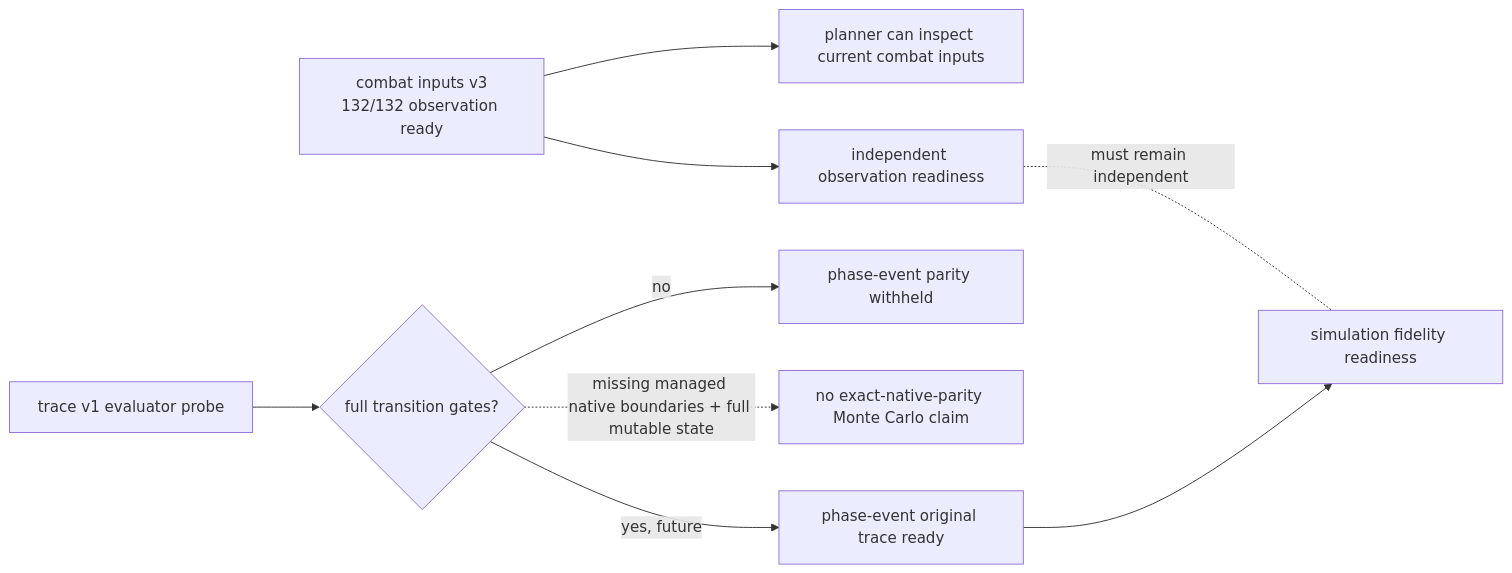
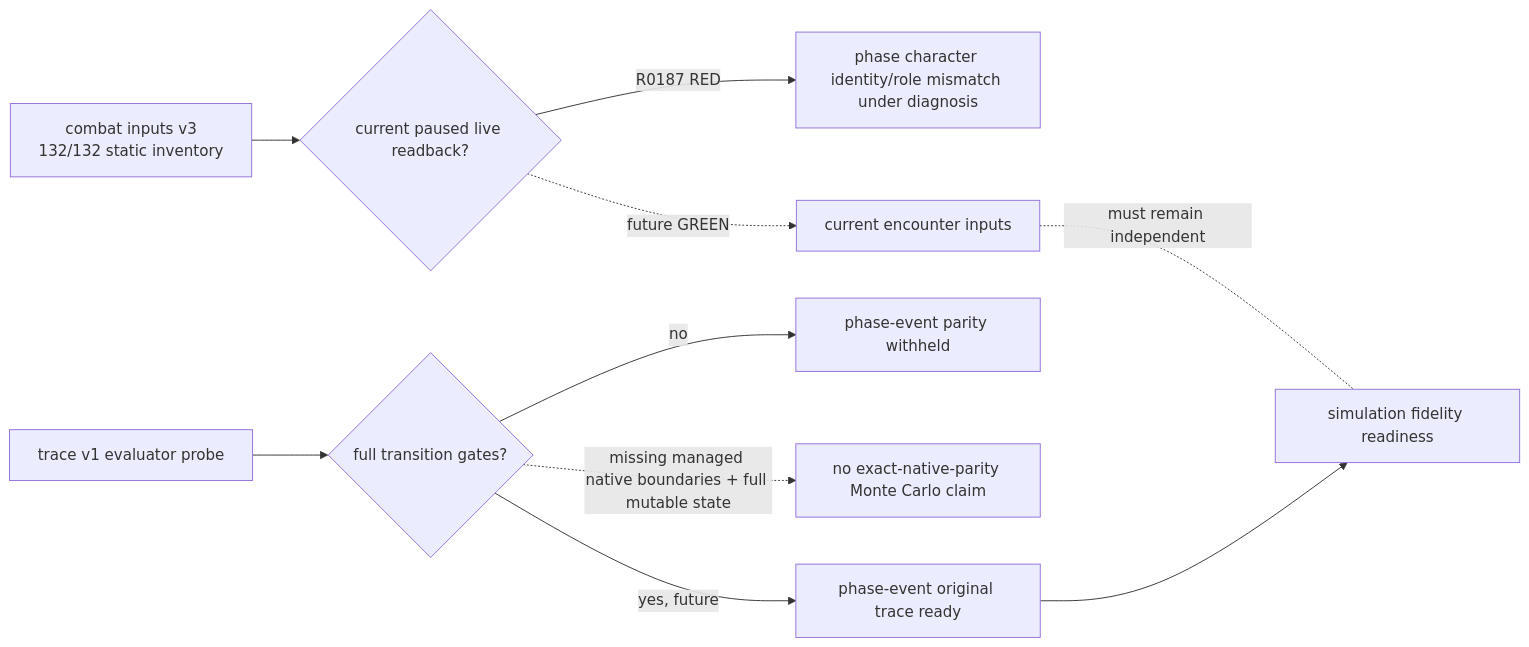
Before and after one commit to XenoAmess/ck3_eternal_recurrence: the sixth of 6 diagrams in docs/ck3-native-ai/combat-phase-event-trace.md, drawn with Mermaid. The commit also changed other lines of this file and 16 other files, not shown here.

Commit message:
WAR-TRACE: expose paused combat phase evaluator readback

````diff
--- a/docs/ck3-native-ai/combat-phase-event-trace.md
+++ b/docs/ck3-native-ai/combat-phase-event-trace.md
@@ -370,11 +413,12 @@
 ```mermaid
 flowchart LR
-    I["combat inputs v3<br/>132/132 observation ready"] --> P["planner can inspect current combat inputs"]
+    I["combat inputs v3<br/>132/132 static inventory"] --> P{"current paused live readback?"}
+    P -->|R0187 RED| E["phase character identity/role mismatch under diagnosis"]
+    P -. "future GREEN" .-> C["current encounter inputs"]
     T["trace v1 evaluator probe"] --> G{"full transition gates?"}
     G -->|no| W["phase-event parity withheld"]
     G -. "missing managed native boundaries + full mutable state" .-> U["no exact-native-parity Monte Carlo claim"]
     G -->|yes, future| M["phase-event original trace ready"]
-    I --> C["independent observation readiness"]
     M --> F["simulation fidelity readiness"]
     C -. "must remain independent" .- F
 ```
````
